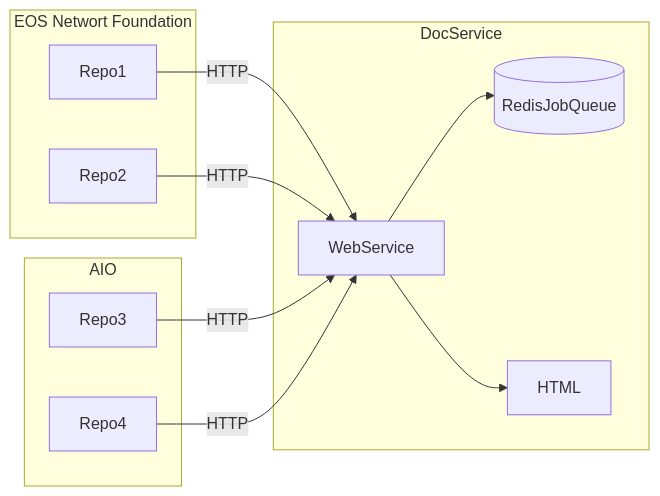
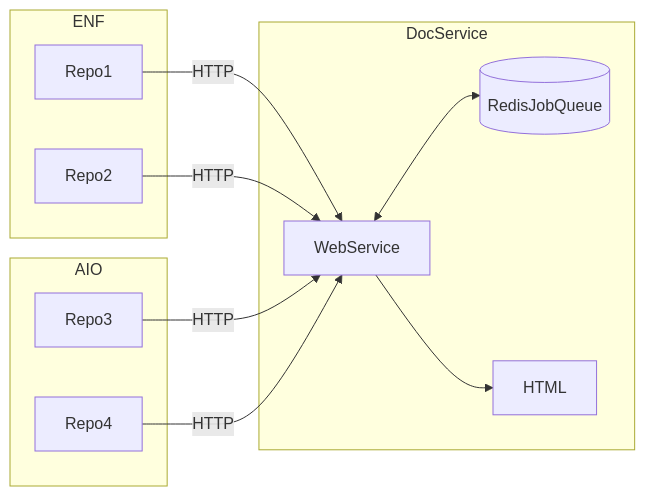
One commit to eosnetworkfoundation/product changed the diagram in documentation-portal-automation/proposals/doc-build-kickoff-with-git-actions.md. Above: the diagram before and after it, drawn with Mermaid. The commit also changed other lines of this file, not shown here.

````diff
--- a/documentation-portal-automation/proposals/doc-build-kickoff-with-git-actions.md
+++ b/documentation-portal-automation/proposals/doc-build-kickoff-with-git-actions.md
@@ -21,15 +21,15 @@
 ```mermaid
 graph LR;
     subgraph sys1 [DocService]
-    WebService-->RedisJobQueue[(RedisJobQueue)];
+    WebService<-->RedisJobQueue[(RedisJobQueue)];
     WebService-->HTML;
     end
-    subgraph enf [EOS Networt Foundation]
+    subgraph enf [ENF]
     Repo1-->|HTTP|WebService;
     Repo2-->|HTTP|WebService;
     end
     subgraph aio [AIO]
     Repo3-->|HTTP|WebService;
     Repo4-->|HTTP|WebService;
     end
 ```
````
